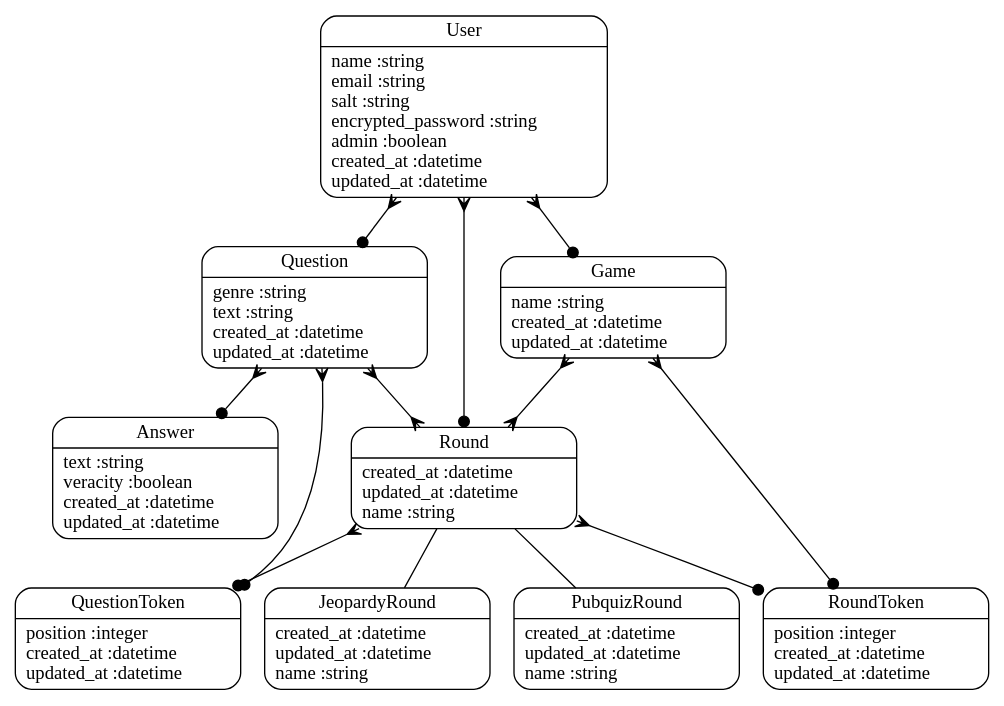
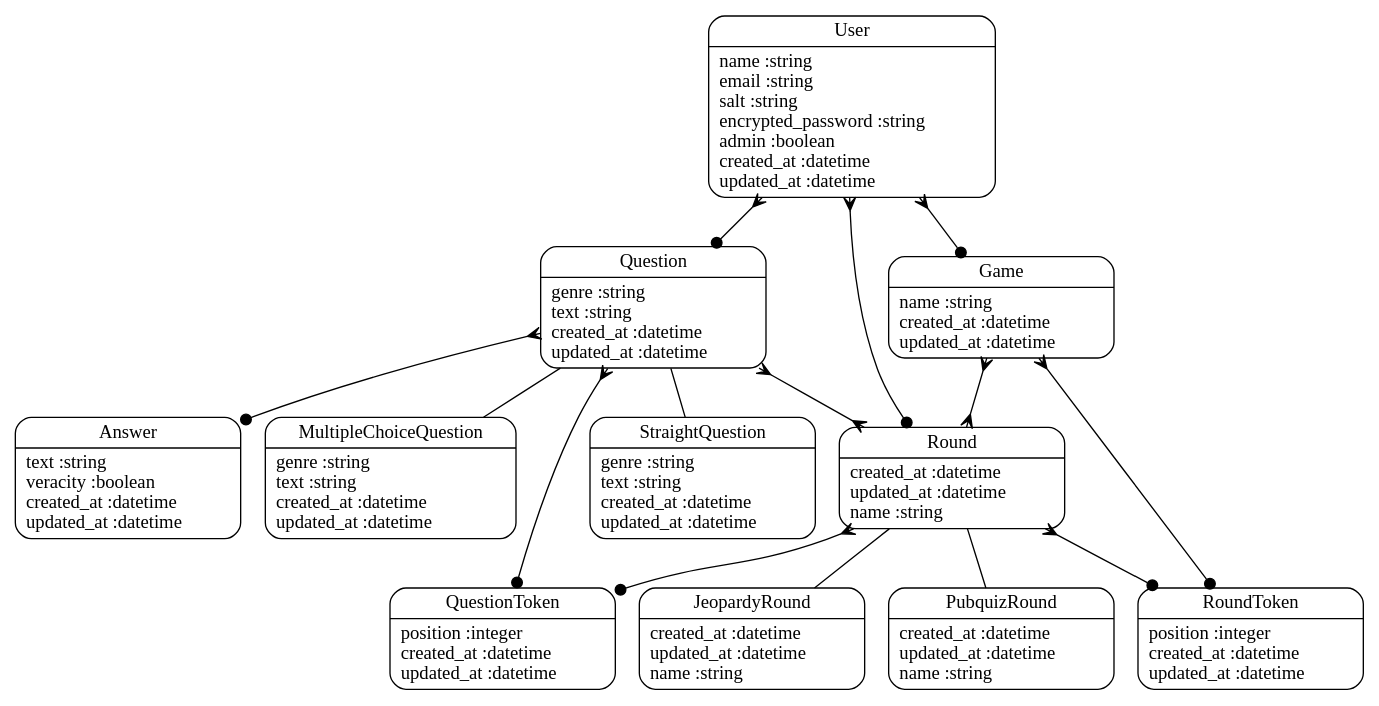
Before and after one commit to griswoldbar/Kwisatz: the diagram in models.dot, drawn with Graphviz. The commit also changed 2 other files, not shown here.

Commit message:
added a couple of experimental question types

```diff
--- a/models.dot
+++ b/models.dot
@@ -1,24 +1,28 @@
 digraph models_diagram {
 	graph[overlap=false, splines=true]
 	"Answer" [shape=Mrecord, label="{Answer|text :string\lveracity :boolean\lcreated_at :datetime\lupdated_at :datetime\l}"]
 	"Game" [shape=Mrecord, label="{Game|name :string\lcreated_at :datetime\lupdated_at :datetime\l}"]
 	"JeopardyRound" [shape=Mrecord, label="{JeopardyRound|created_at :datetime\lupdated_at :datetime\lname :string\l}"]
+	"MultipleChoiceQuestion" [shape=Mrecord, label="{MultipleChoiceQuestion|genre :string\ltext :string\lcreated_at :datetime\lupdated_at :datetime\l}"]
 	"PubquizRound" [shape=Mrecord, label="{PubquizRound|created_at :datetime\lupdated_at :datetime\lname :string\l}"]
 	"Question" [shape=Mrecord, label="{Question|genre :string\ltext :string\lcreated_at :datetime\lupdated_at :datetime\l}"]
 	"QuestionToken" [shape=Mrecord, label="{QuestionToken|position :integer\lcreated_at :datetime\lupdated_at :datetime\l}"]
 	"Round" [shape=Mrecord, label="{Round|created_at :datetime\lupdated_at :datetime\lname :string\l}"]
 	"RoundToken" [shape=Mrecord, label="{RoundToken|position :integer\lcreated_at :datetime\lupdated_at :datetime\l}"]
+	"StraightQuestion" [shape=Mrecord, label="{StraightQuestion|genre :string\ltext :string\lcreated_at :datetime\lupdated_at :datetime\l}"]
 	"User" [shape=Mrecord, label="{User|name :string\lemail :string\lsalt :string\lencrypted_password :string\ladmin :boolean\lcreated_at :datetime\lupdated_at :datetime\l}"]
 	"Game" -> "RoundToken" [arrowtail=crow, arrowhead=dot, dir=both]
 	"Game" -> "Round" [arrowtail=crow, arrowhead=crow, dir=both]
 	"Round" -> "JeopardyRound" [label="", arrowhead="none", arrowtail="onormal"]
+	"Question" -> "MultipleChoiceQuestion" [label="", arrowhead="none", arrowtail="onormal"]
 	"Round" -> "PubquizRound" [label="", arrowhead="none", arrowtail="onormal"]
 	"Question" -> "Answer" [arrowtail=crow, arrowhead=dot, dir=both]
 	"Question" -> "QuestionToken" [arrowtail=crow, arrowhead=dot, dir=both]
 	"Question" -> "Round" [arrowtail=crow, arrowhead=crow, dir=both]
 	"Round" -> "QuestionToken" [arrowtail=crow, arrowhead=dot, dir=both]
 	"Round" -> "RoundToken" [arrowtail=crow, arrowhead=dot, dir=both]
+	"Question" -> "StraightQuestion" [label="", arrowhead="none", arrowtail="onormal"]
 	"User" -> "Game" [arrowtail=crow, arrowhead=dot, dir=both]
 	"User" -> "Round" [arrowtail=crow, arrowhead=dot, dir=both]
 	"User" -> "Question" [arrowtail=crow, arrowhead=dot, dir=both]
 }
```
